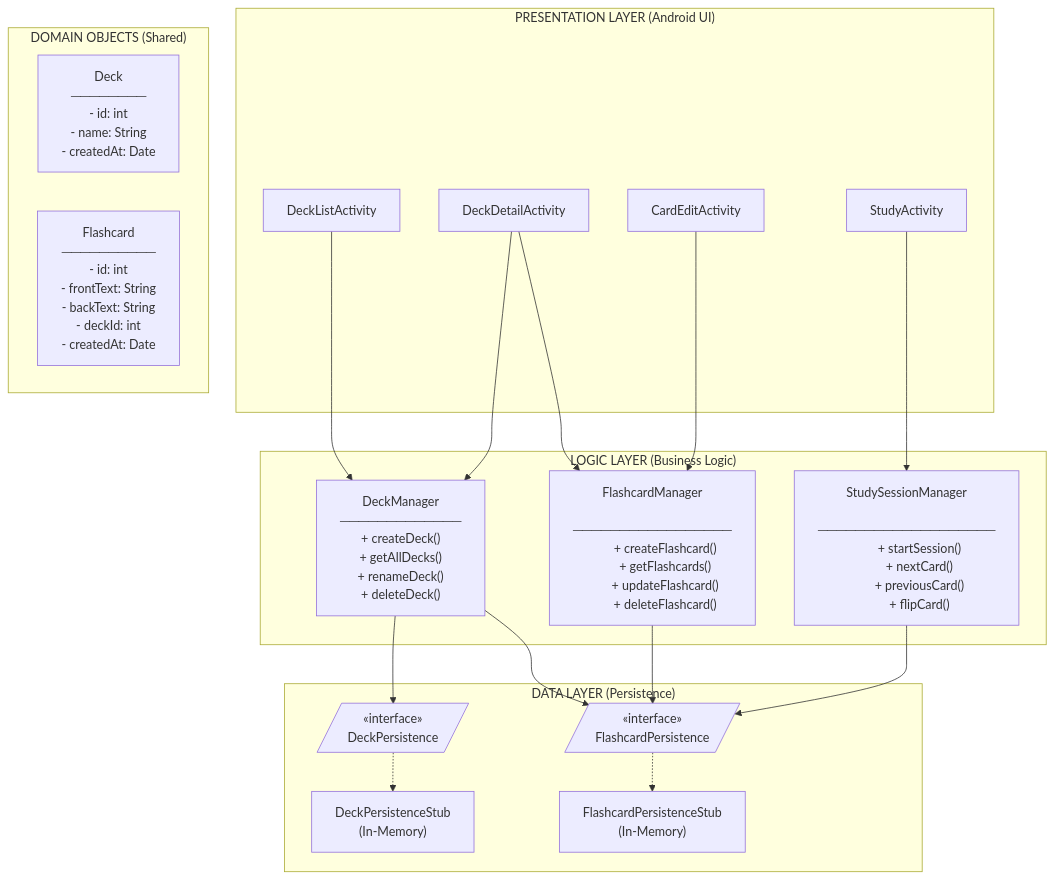
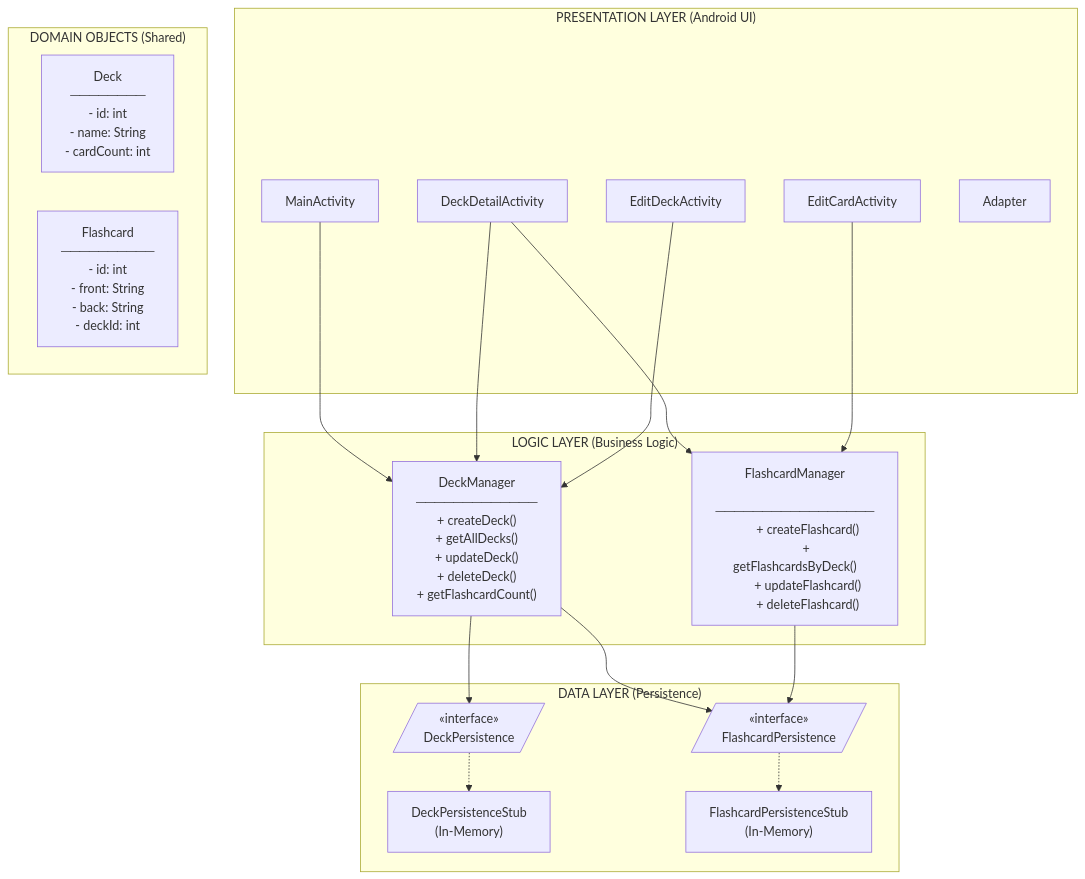
The first of 2 diagrams in Documents/ARCHITECTURE.md (nurhossainarman/recallr-android-app), drawn with Mermaid before and after one commit. The commit also changed other lines of this file and 3 other files, not shown here.

Commit message:
removed study button, updated architecture

````diff
--- a/Documents/ARCHITECTURE.md
+++ b/Documents/ARCHITECTURE.md
@@ -9,78 +9,70 @@
 ```mermaid
 flowchart TB
     subgraph Presentation["PRESENTATION LAYER (Android UI)"]
-        DeckListActivity["DeckListActivity"]
+        MainActivity["MainActivity"]
         DeckDetailActivity["DeckDetailActivity"]
-        CardEditActivity["CardEditActivity"]
-        StudyActivity["StudyActivity"]
+        EditDeckActivity["EditDeckActivity"]
+        EditCardActivity["EditCardActivity"]
+        Adapter["Adapter"]
     end
 
     subgraph Logic["LOGIC LAYER (Business Logic)"]
         DeckManager["DeckManager
         ─────────────
         + createDeck()
         + getAllDecks()
-        + renameDeck()
-        + deleteDeck()"]
+        + updateDeck()
+        + deleteDeck()
+        + getFlashcardCount()"]
         
         FlashcardManager["FlashcardManager
         ─────────────────
         + createFlashcard()
-        + getFlashcards()
+        + getFlashcardsByDeck()
         + updateFlashcard()
         + deleteFlashcard()"]
-        
-        StudySessionManager["StudySessionManager
-        ───────────────────
-        + startSession()
-        + nextCard()
-        + previousCard()
-        + flipCard()"]
     end
 
     subgraph Data["DATA LAYER (Persistence)"]
         DeckPersistence[/"«interface»
         DeckPersistence"/]
         FlashcardPersistence[/"«interface»
         FlashcardPersistence"/]
         
         DeckPersistenceStub["DeckPersistenceStub
         (In-Memory)"]
         FlashcardPersistenceStub["FlashcardPersistenceStub
         (In-Memory)"]
     end
 
     subgraph Domain["DOMAIN OBJECTS (Shared)"]
         Deck["Deck
         ────────
         - id: int
         - name: String
-        - createdAt: Date"]
+        - cardCount: int"]
         
         Flashcard["Flashcard
         ──────────
         - id: int
-        - frontText: String
-        - backText: String
-        - deckId: int
-        - createdAt: Date"]
+        - front: String
+        - back: String
+        - deckId: int"]
     end
 
     %% Presentation to Logic
-    DeckListActivity --> DeckManager
+    MainActivity --> DeckManager
     DeckDetailActivity --> DeckManager
     DeckDetailActivity --> FlashcardManager
-    CardEditActivity --> FlashcardManager
-    StudyActivity --> StudySessionManager
+    EditDeckActivity --> DeckManager
+    EditCardActivity --> FlashcardManager
 
     %% Logic to Data
     DeckManager --> DeckPersistence
     DeckManager --> FlashcardPersistence
     FlashcardManager --> FlashcardPersistence
-    StudySessionManager --> FlashcardPersistence
 
     %% Interface to Implementation
     DeckPersistence -.-> DeckPersistenceStub
     FlashcardPersistence -.-> FlashcardPersistenceStub
-
 ```
````
